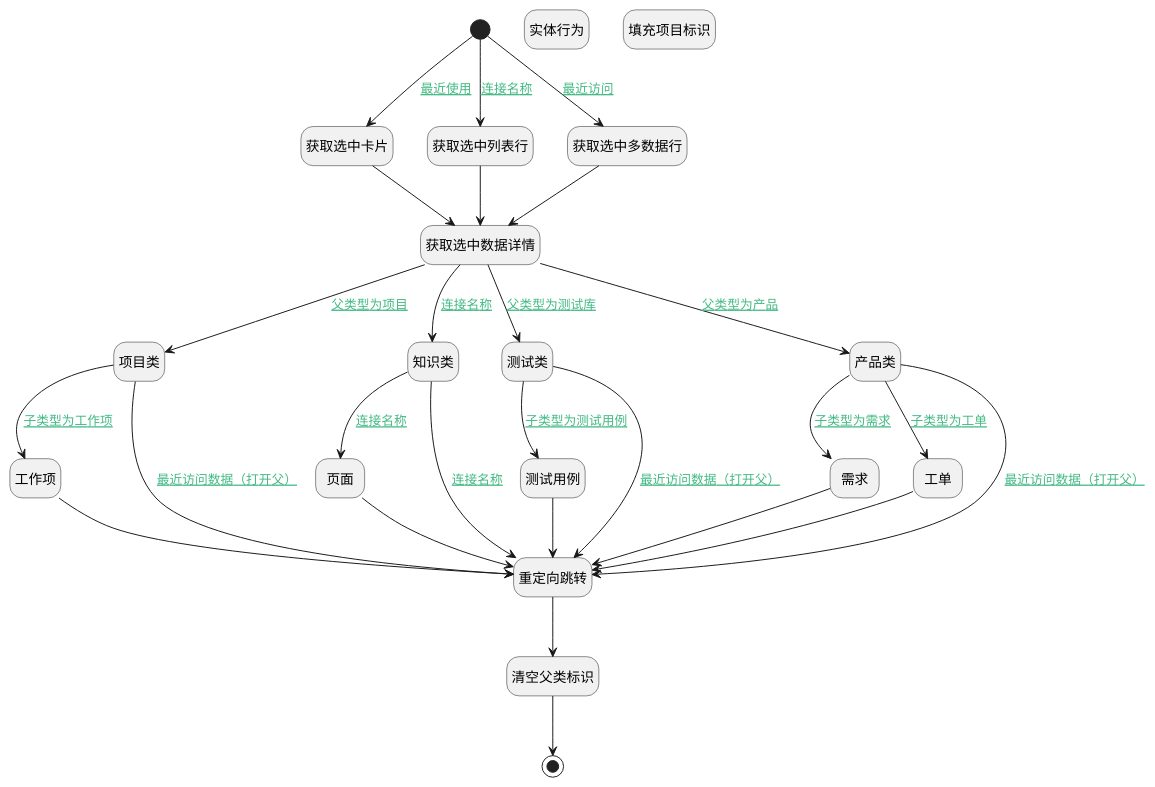
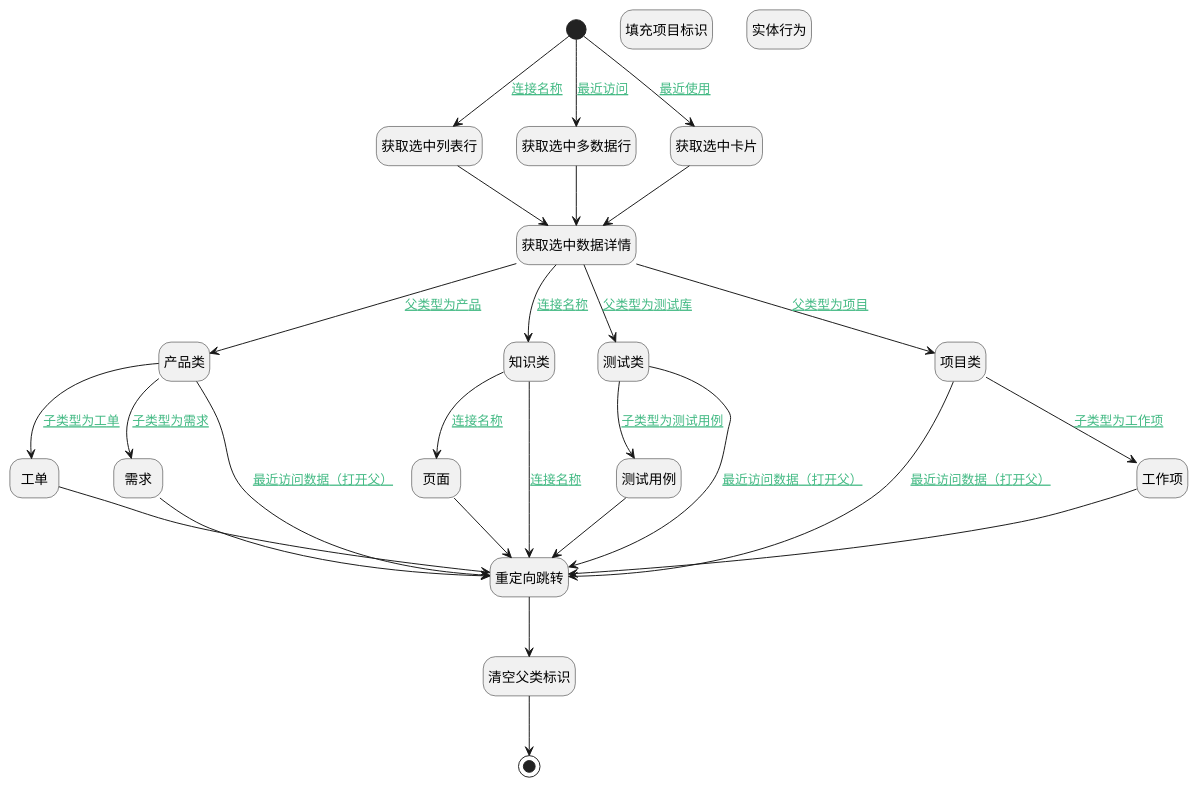
The diagram in doc/docsify/module/Base/recent/uilogic/mob_recent_jump_other_view.md (iBizLab/plm), drawn with PlantUML before and after one commit. The commit also changed other lines of this file and 1276 other files, not shown here.

````diff
--- a/doc/docsify/module/Base/recent/uilogic/mob_recent_jump_other_view.md
+++ b/doc/docsify/module/Base/recent/uilogic/mob_recent_jump_other_view.md
@@ -7,61 +7,61 @@
 ```plantuml
 @startuml
 hide footbox
 <style>
 root {
   HyperlinkColor #42b983
 }
 </style>
 
 hide empty description
 state "开始" as Begin <<start>> [[$./mob_recent_jump_other_view#begin {开始}]]
+state "产品类" as PREPAREJSPARAM3  [[$./mob_recent_jump_other_view#preparejsparam3 {产品类}]]
+state "页面" as PREPAREJSPARAM12  [[$./mob_recent_jump_other_view#preparejsparam12 {页面}]]
+state "获取选中列表行" as PREPAREJSPARAM14  [[$./mob_recent_jump_other_view#preparejsparam14 {获取选中列表行}]]
+state "知识类" as PREPAREJSPARAM11  [[$./mob_recent_jump_other_view#preparejsparam11 {知识类}]]
+state "填充项目标识" as PREPAREJSPARAM13  [[$./mob_recent_jump_other_view#preparejsparam13 {填充项目标识}]]
+state "工单" as PREPAREJSPARAM5  [[$./mob_recent_jump_other_view#preparejsparam5 {工单}]]
+state "获取选中多数据行" as PREPAREJSPARAM2  [[$./mob_recent_jump_other_view#preparejsparam2 {获取选中多数据行}]]
+state "测试类" as PREPAREJSPARAM8  [[$./mob_recent_jump_other_view#preparejsparam8 {测试类}]]
+state "项目类" as PREPAREJSPARAM6  [[$./mob_recent_jump_other_view#preparejsparam6 {项目类}]]
+state "结束" as END1 <<end>> [[$./mob_recent_jump_other_view#end1 {结束}]]
+state "获取选中卡片" as PREPAREJSPARAM1  [[$./mob_recent_jump_other_view#preparejsparam1 {获取选中卡片}]]
+state "测试用例" as PREPAREJSPARAM9  [[$./mob_recent_jump_other_view#preparejsparam9 {测试用例}]]
+state "获取选中数据详情" as RAWJSCODE1  [[$./mob_recent_jump_other_view#rawjscode1 {获取选中数据详情}]]
+state "清空父类标识" as PREPAREJSPARAM10  [[$./mob_recent_jump_other_view#preparejsparam10 {清空父类标识}]]
+state "需求" as PREPAREJSPARAM4  [[$./mob_recent_jump_other_view#preparejsparam4 {需求}]]
+state "重定向跳转" as DEUIACTION1  [[$./mob_recent_jump_other_view#deuiaction1 {重定向跳转}]]
+state "工作项" as PREPAREJSPARAM7  [[$./mob_recent_jump_other_view#preparejsparam7 {工作项}]]
 state "实体行为" as DEACTION1  [[$./mob_recent_jump_other_view#deaction1 {实体行为}]]
-state "工作项" as PREPAREJSPARAM7  [[$./mob_recent_jump_other_view#preparejsparam7 {工作项}]]
-state "获取选中卡片" as PREPAREJSPARAM1  [[$./mob_recent_jump_other_view#preparejsparam1 {获取选中卡片}]]
-state "结束" as END1 <<end>> [[$./mob_recent_jump_other_view#end1 {结束}]]
-state "获取选中数据详情" as RAWJSCODE1  [[$./mob_recent_jump_other_view#rawjscode1 {获取选中数据详情}]]
-state "项目类" as PREPAREJSPARAM6  [[$./mob_recent_jump_other_view#preparejsparam6 {项目类}]]
-state "页面" as PREPAREJSPARAM12  [[$./mob_recent_jump_other_view#preparejsparam12 {页面}]]
-state "清空父类标识" as PREPAREJSPARAM10  [[$./mob_recent_jump_other_view#preparejsparam10 {清空父类标识}]]
-state "知识类" as PREPAREJSPARAM11  [[$./mob_recent_jump_other_view#preparejsparam11 {知识类}]]
-state "需求" as PREPAREJSPARAM4  [[$./mob_recent_jump_other_view#preparejsparam4 {需求}]]
-state "测试用例" as PREPAREJSPARAM9  [[$./mob_recent_jump_other_view#preparejsparam9 {测试用例}]]
-state "测试类" as PREPAREJSPARAM8  [[$./mob_recent_jump_other_view#preparejsparam8 {测试类}]]
-state "工单" as PREPAREJSPARAM5  [[$./mob_recent_jump_other_view#preparejsparam5 {工单}]]
-state "获取选中列表行" as PREPAREJSPARAM14  [[$./mob_recent_jump_other_view#preparejsparam14 {获取选中列表行}]]
-state "获取选中多数据行" as PREPAREJSPARAM2  [[$./mob_recent_jump_other_view#preparejsparam2 {获取选中多数据行}]]
-state "重定向跳转" as DEUIACTION1  [[$./mob_recent_jump_other_view#deuiaction1 {重定向跳转}]]
-state "产品类" as PREPAREJSPARAM3  [[$./mob_recent_jump_other_view#preparejsparam3 {产品类}]]
-state "填充项目标识" as PREPAREJSPARAM13  [[$./mob_recent_jump_other_view#preparejsparam13 {填充项目标识}]]
 
 
 Begin --> PREPAREJSPARAM1 : [[$./mob_recent_jump_other_view#begin-preparejsparam1{最近使用} 最近使用]]
 PREPAREJSPARAM1 --> RAWJSCODE1
 RAWJSCODE1 --> PREPAREJSPARAM3 : [[$./mob_recent_jump_other_view#rawjscode1-preparejsparam3{父类型为产品} 父类型为产品]]
 PREPAREJSPARAM3 --> DEUIACTION1 : [[$./mob_recent_jump_other_view#preparejsparam3-deuiaction1{最近访问数据（打开父）} 最近访问数据（打开父）]]
 DEUIACTION1 --> PREPAREJSPARAM10
 PREPAREJSPARAM10 --> END1
 PREPAREJSPARAM3 --> PREPAREJSPARAM4 : [[$./mob_recent_jump_other_view#preparejsparam3-preparejsparam4{子类型为需求} 子类型为需求]]
 PREPAREJSPARAM4 --> DEUIACTION1
 PREPAREJSPARAM3 --> PREPAREJSPARAM5 : [[$./mob_recent_jump_other_view#preparejsparam3-preparejsparam5{子类型为工单} 子类型为工单]]
 PREPAREJSPARAM5 --> DEUIACTION1
 RAWJSCODE1 --> PREPAREJSPARAM6 : [[$./mob_recent_jump_other_view#rawjscode1-preparejsparam6{父类型为项目} 父类型为项目]]
 PREPAREJSPARAM6 --> DEUIACTION1 : [[$./mob_recent_jump_other_view#preparejsparam6-deuiaction1{最近访问数据（打开父）} 最近访问数据（打开父）]]
 PREPAREJSPARAM6 --> PREPAREJSPARAM7 : [[$./mob_recent_jump_other_view#preparejsparam6-preparejsparam7{子类型为工作项} 子类型为工作项]]
 PREPAREJSPARAM7 --> DEUIACTION1
 RAWJSCODE1 --> PREPAREJSPARAM8 : [[$./mob_recent_jump_other_view#rawjscode1-preparejsparam8{父类型为测试库} 父类型为测试库]]
 PREPAREJSPARAM8 --> DEUIACTION1 : [[$./mob_recent_jump_other_view#preparejsparam8-deuiaction1{最近访问数据（打开父）} 最近访问数据（打开父）]]
 PREPAREJSPARAM8 --> PREPAREJSPARAM9 : [[$./mob_recent_jump_other_view#preparejsparam8-preparejsparam9{子类型为测试用例} 子类型为测试用例]]
 PREPAREJSPARAM9 --> DEUIACTION1
 RAWJSCODE1 --> PREPAREJSPARAM11 : [[$./mob_recent_jump_other_view#rawjscode1-preparejsparam11{连接名称} 连接名称]]
 PREPAREJSPARAM11 --> PREPAREJSPARAM12 : [[$./mob_recent_jump_other_view#preparejsparam11-preparejsparam12{连接名称} 连接名称]]
 PREPAREJSPARAM12 --> DEUIACTION1
 PREPAREJSPARAM11 --> DEUIACTION1 : [[$./mob_recent_jump_other_view#preparejsparam11-deuiaction1{连接名称} 连接名称]]
 Begin --> PREPAREJSPARAM2 : [[$./mob_recent_jump_other_view#begin-preparejsparam2{最近访问} 最近访问]]
 PREPAREJSPARAM2 --> RAWJSCODE1
 Begin --> PREPAREJSPARAM14 : [[$./mob_recent_jump_other_view#begin-preparejsparam14{连接名称} 连接名称]]
 PREPAREJSPARAM14 --> RAWJSCODE1
 
 
 @enduml
 ```
````
